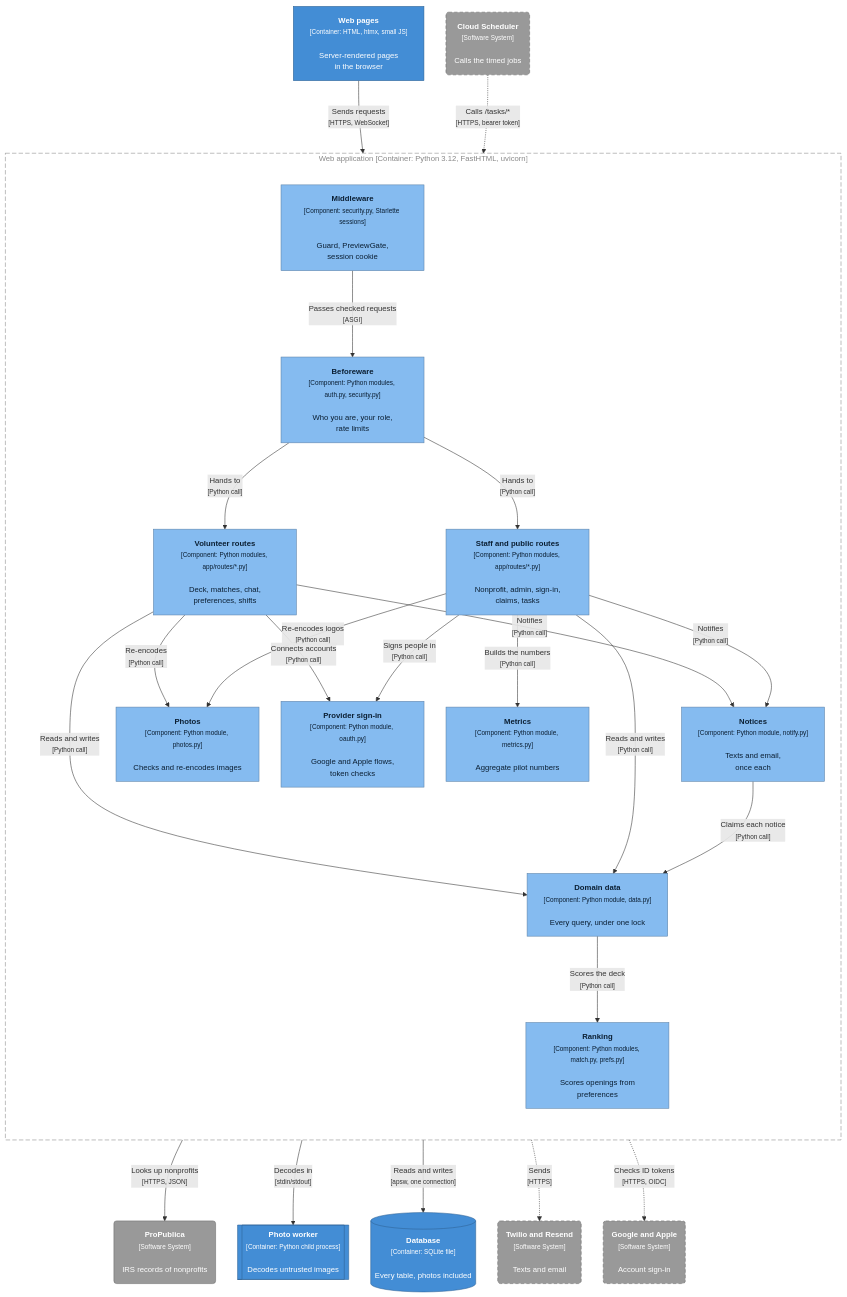
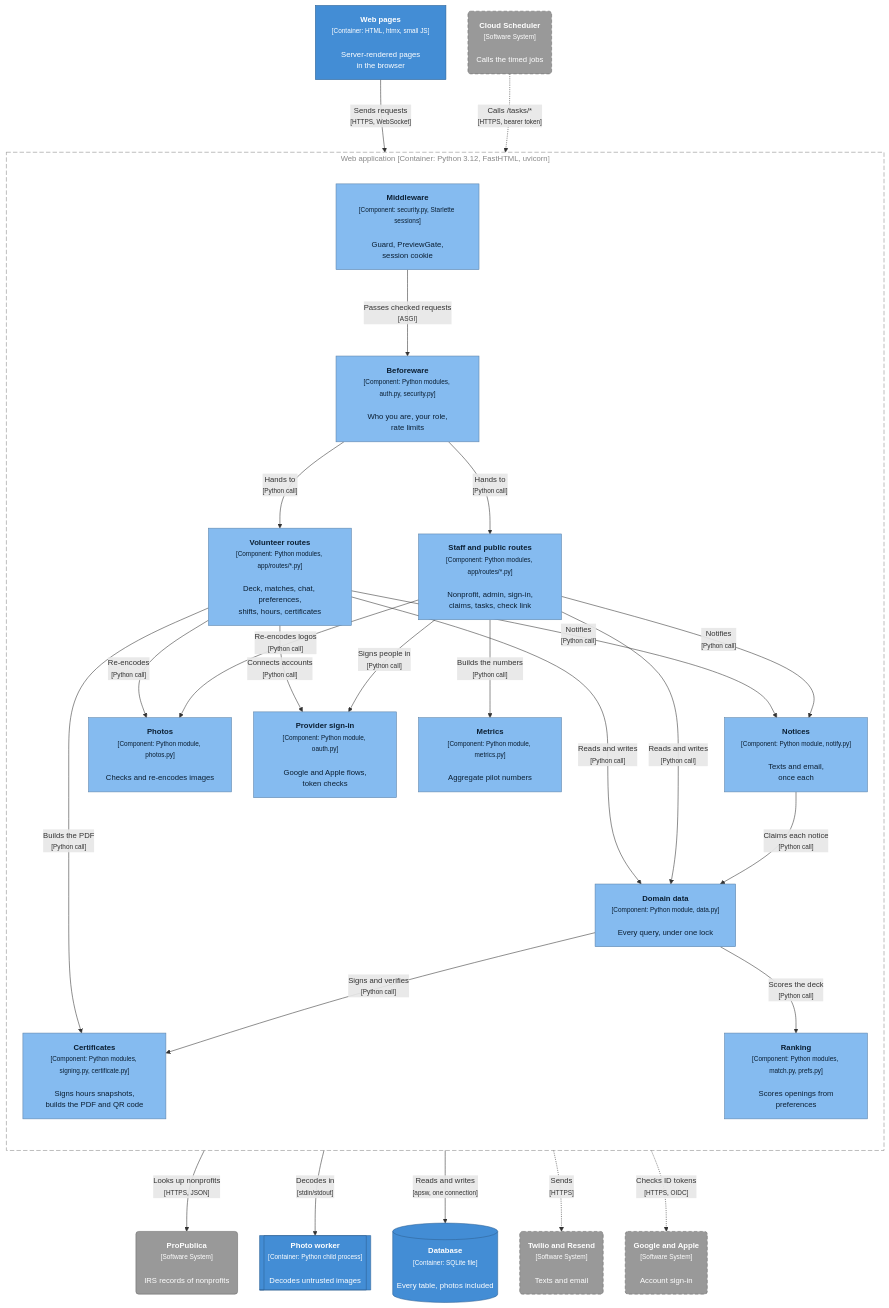
The fourth of 26 diagrams in docs/ARCHITECTURE.md (slegroux/causematch), drawn with Mermaid before and after one commit. The commit also changed other lines of this file, not shown here.

First line of the commit message:
Architecture doc: hours certificates, signing and the check link (#19)

````diff
--- a/docs/ARCHITECTURE.md
+++ b/docs/ARCHITECTURE.md
@@ -203,58 +214,61 @@
 ```mermaid
 %%{init: {"flowchart": {"curve": "basis", "nodeSpacing": 40, "rankSpacing": 90}, "themeVariables": {"fontFamily": "Helvetica, Arial, sans-serif", "fontSize": "14px"}}}%%
 flowchart TB
     ui["<b>Web pages</b><br/><small>[Container: HTML, htmx, small JS]</small><br/><br/>Server-rendered pages<br/>in the browser"]
 
     subgraph app["Web application [Container: Python 3.12, FastHTML, uvicorn]"]
         direction TB
         mw["<b>Middleware</b><br/><small>[Component: security.py, Starlette sessions]</small><br/><br/>Guard, PreviewGate,<br/>session cookie"]
         bw["<b>Beforeware</b><br/><small>[Component: Python modules, auth.py, security.py]</small><br/><br/>Who you are, your role,<br/>rate limits"]
-        rv["<b>Volunteer routes</b><br/><small>[Component: Python modules, app/routes/*.py]</small><br/><br/>Deck, matches, chat,<br/>preferences, shifts"]
-        rs["<b>Staff and public routes</b><br/><small>[Component: Python modules, app/routes/*.py]</small><br/><br/>Nonprofit, admin, sign-in,<br/>claims, tasks"]
+        rv["<b>Volunteer routes</b><br/><small>[Component: Python modules, app/routes/*.py]</small><br/><br/>Deck, matches, chat, preferences,<br/>shifts, hours, certificates"]
+        rs["<b>Staff and public routes</b><br/><small>[Component: Python modules, app/routes/*.py]</small><br/><br/>Nonprofit, admin, sign-in,<br/>claims, tasks, check link"]
         data["<b>Domain data</b><br/><small>[Component: Python module, data.py]</small><br/><br/>Every query, under one lock"]
         rank["<b>Ranking</b><br/><small>[Component: Python modules, match.py, prefs.py]</small><br/><br/>Scores openings from<br/>preferences"]
         notify["<b>Notices</b><br/><small>[Component: Python module, notify.py]</small><br/><br/>Texts and email,<br/>once each"]
         photos["<b>Photos</b><br/><small>[Component: Python module, photos.py]</small><br/><br/>Checks and re-encodes images"]
         oauth["<b>Provider sign-in</b><br/><small>[Component: Python module, oauth.py]</small><br/><br/>Google and Apple flows,<br/>token checks"]
         metrics["<b>Metrics</b><br/><small>[Component: Python module, metrics.py]</small><br/><br/>Aggregate pilot numbers"]
+        cert["<b>Certificates</b><br/><small>[Component: Python modules, signing.py, certificate.py]</small><br/><br/>Signs hours snapshots,<br/>builds the PDF and QR code"]
     end
 
     worker[["<b>Photo worker</b><br/><small>[Container: Python child process]</small><br/><br/>Decodes untrusted images"]]
     db[("<b>Database</b><br/><small>[Container: SQLite file]</small><br/><br/>Every table, photos included")]
     msg("<b>Twilio and Resend</b><br/><small>[Software System]</small><br/><br/>Texts and email")
     idp("<b>Google and Apple</b><br/><small>[Software System]</small><br/><br/>Account sign-in")
     pp("<b>ProPublica</b><br/><small>[Software System]</small><br/><br/>IRS records of nonprofits")
     sched("<b>Cloud Scheduler</b><br/><small>[Software System]</small><br/><br/>Calls the timed jobs")
 
     ui -- "Sends requests<br/><small>[HTTPS, WebSocket]</small>" --> mw
     sched -. "Calls /tasks/*<br/><small>[HTTPS, bearer token]</small>" .-> mw
     mw -- "Passes checked requests<br/><small>[ASGI]</small>" --> bw
     bw -- "Hands to<br/><small>[Python call]</small>" --> rv
     bw -- "Hands to<br/><small>[Python call]</small>" --> rs
     rv -- "Reads and writes<br/><small>[Python call]</small>" --> data
     rs -- "Reads and writes<br/><small>[Python call]</small>" --> data
     rv -- "Notifies<br/><small>[Python call]</small>" --> notify
     rs -- "Notifies<br/><small>[Python call]</small>" --> notify
     rv -- "Re-encodes<br/><small>[Python call]</small>" --> photos
     rs -- "Re-encodes logos<br/><small>[Python call]</small>" --> photos
     rv -- "Connects accounts<br/><small>[Python call]</small>" --> oauth
     rs -- "Signs people in<br/><small>[Python call]</small>" --> oauth
     rs -- "Builds the numbers<br/><small>[Python call]</small>" --> metrics
+    rv -- "Builds the PDF<br/><small>[Python call]</small>" --> cert
     rs -- "Looks up nonprofits<br/><small>[HTTPS, JSON]</small>" --> pp
     data -- "Scores the deck<br/><small>[Python call]</small>" --> rank
+    data -- "Signs and verifies<br/><small>[Python call]</small>" --> cert
     notify -- "Claims each notice<br/><small>[Python call]</small>" --> data
     photos -- "Decodes in<br/><small>[stdin/stdout]</small>" --> worker
     data -- "Reads and writes<br/><small>[apsw, one connection]</small>" --> db
     notify -. "Sends<br/><small>[HTTPS]</small>" .-> msg
     oauth -. "Checks ID tokens<br/><small>[HTTPS, OIDC]</small>" .-> idp
 
     classDef container fill:#438dd5,stroke:#2e6295,color:#ffffff
     classDef component fill:#85bbf0,stroke:#5d82a8,color:#0b1f33
     classDef external fill:#999999,stroke:#6b6b6b,color:#ffffff
     classDef planned fill:#999999,stroke:#6b6b6b,color:#ffffff,stroke-dasharray:6 4
     class ui,worker,db container
-    class mw,bw,rv,rs,data,rank,notify,photos,oauth,metrics component
+    class mw,bw,rv,rs,data,rank,notify,photos,oauth,metrics,cert component
     class pp external
     class msg,idp,sched planned
     style app fill:none,stroke:#888888,stroke-dasharray:8 4,color:#888888
 ```
````
